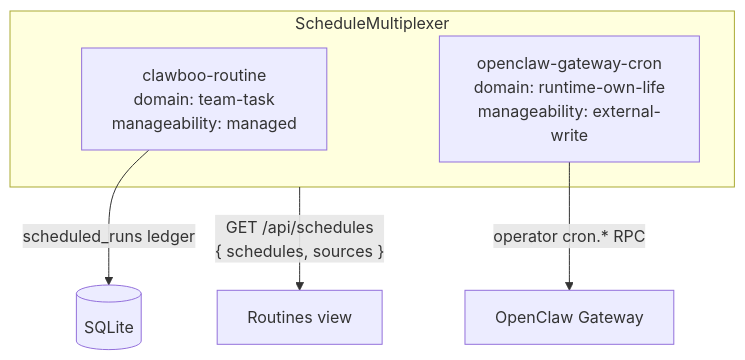
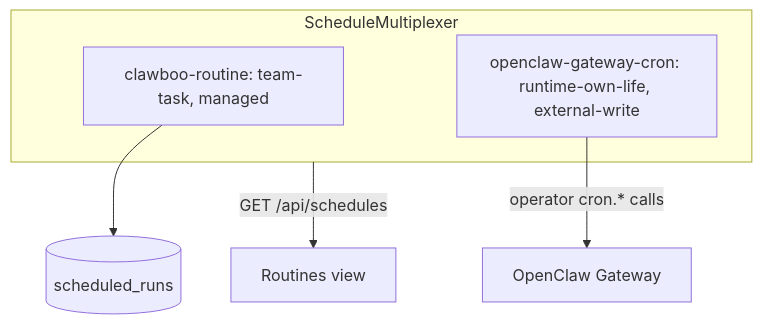
The diagram in docs/internals/seams.md (clawboo/clawboo), drawn with Mermaid before and after one commit. The commit also changed other lines of this file and 81 other files, not shown here.

````diff
--- a/docs/internals/seams.md
+++ b/docs/internals/seams.md
@@ -141,10 +122,10 @@
 ```mermaid
 flowchart TD
     subgraph mux["ScheduleMultiplexer"]
-        r["clawboo-routine\ndomain: team-task\nmanageability: managed"]
-        g["openclaw-gateway-cron\ndomain: runtime-own-life\nmanageability: external-write"]
+        r["clawboo-routine: team-task, managed"]
+        g["openclaw-gateway-cron: runtime-own-life, external-write"]
     end
-    r -->|scheduled_runs ledger| ledger[(SQLite)]
-    g -->|operator cron.* RPC| gw[OpenClaw Gateway]
-    mux -->|"GET /api/schedules\n{ schedules, sources }"| tab[Routines view]
+    r --> ledger[("scheduled_runs")]
+    g -->|"operator cron.* calls"| gw[OpenClaw Gateway]
+    mux -->|"GET /api/schedules"| tab[Routines view]
 ```
````
